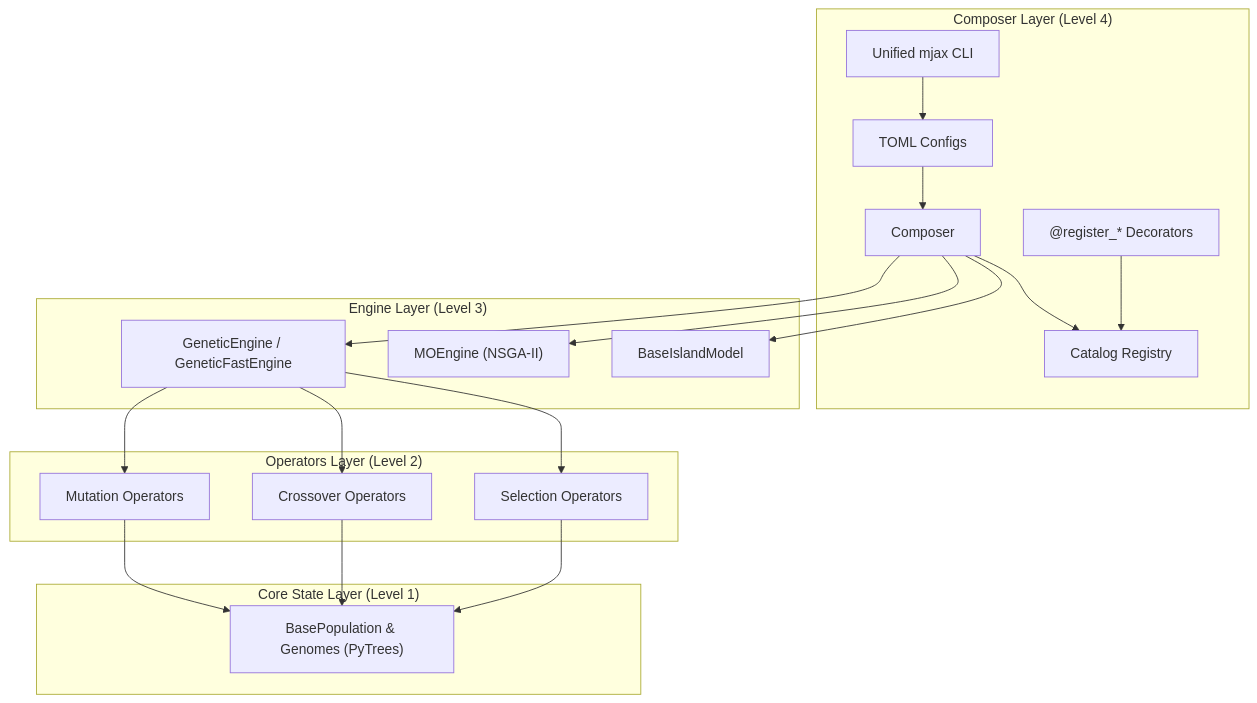
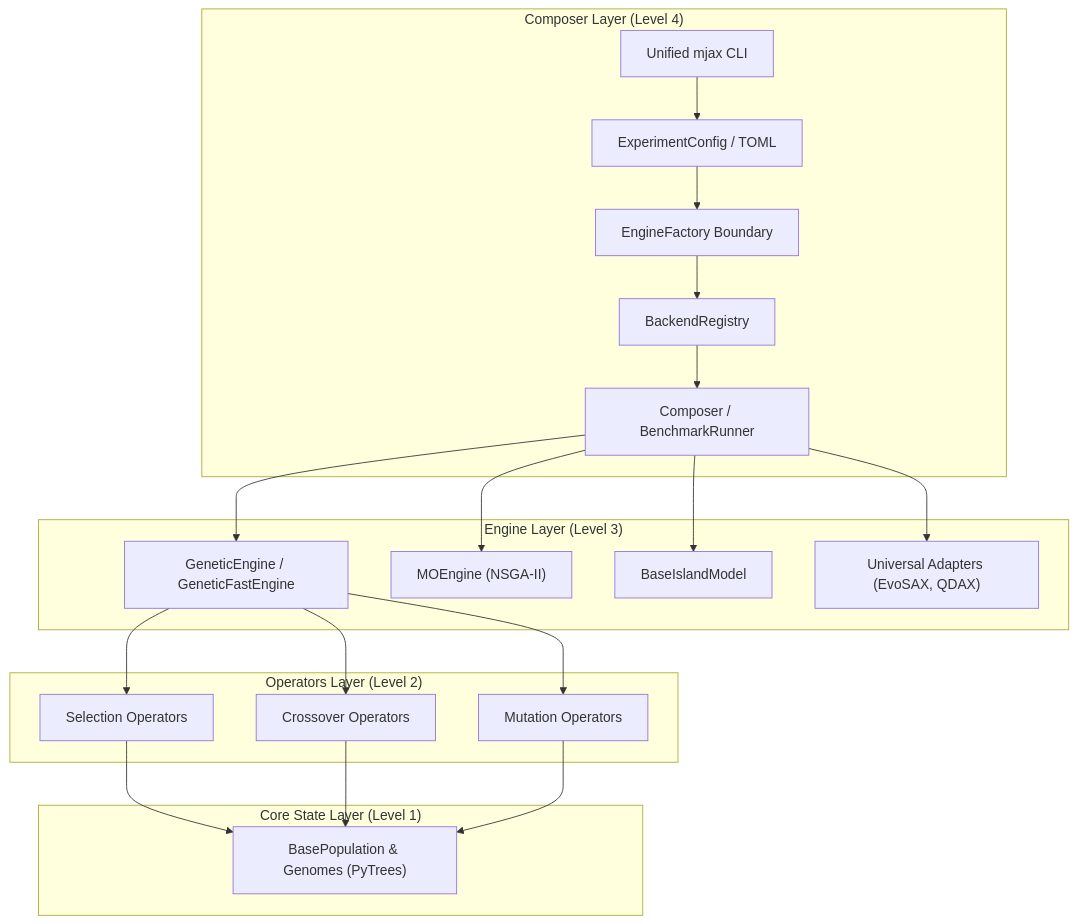
One commit to LeonardoDiCaterina/MalthusJAX changed the diagram in README.md. Above: the diagram before and after it, drawn with Mermaid. The commit also changed other lines of this file and 16 other files, not shown here.

Commit message:
docs(composer): update Level 4 guide, architecture, and Sphinx API references with showcases

````diff
--- a/README.md
+++ b/README.md
@@ -80,27 +105,28 @@
 ```mermaid
 graph TD
     subgraph composer_layer["Composer Layer (Level 4)"]
-        cli["Unified mjax CLI"] --> config["TOML Configs"]
-        config --> composer["Composer"]
-        decorators["@register_* Decorators"] --> registry["Catalog Registry"]
-        composer --> registry
+        cli["Unified mjax CLI"] --> config["ExperimentConfig / TOML"]
+        config --> factory["EngineFactory Boundary"]
+        factory --> registry["BackendRegistry"]
+        registry --> runner["Composer / BenchmarkRunner"]
     end
 
     subgraph engine_layer["Engine Layer (Level 3)"]
-        composer --> base_engine["GeneticEngine / GeneticFastEngine"]
-        composer --> mo_engine["MOEngine (NSGA-II)"]
-        composer --> island_meta["BaseIslandModel"]
+        runner --> base_engine["GeneticEngine / GeneticFastEngine"]
+        runner --> mo_engine["MOEngine (NSGA-II)"]
+        runner --> island_meta["BaseIslandModel"]
+        runner --> adapters["Universal Adapters (EvoSAX, QDAX)"]
     end
 
     subgraph operators_layer["Operators Layer (Level 2)"]
         base_engine --> selection["Selection Operators"]
         base_engine --> crossover["Crossover Operators"]
         base_engine --> mutation["Mutation Operators"]
     end
     
     subgraph core_layer["Core State Layer (Level 1)"]
         selection --> core["BasePopulation & Genomes (PyTrees)"]
         crossover --> core
         mutation --> core
     end
 ```
````
